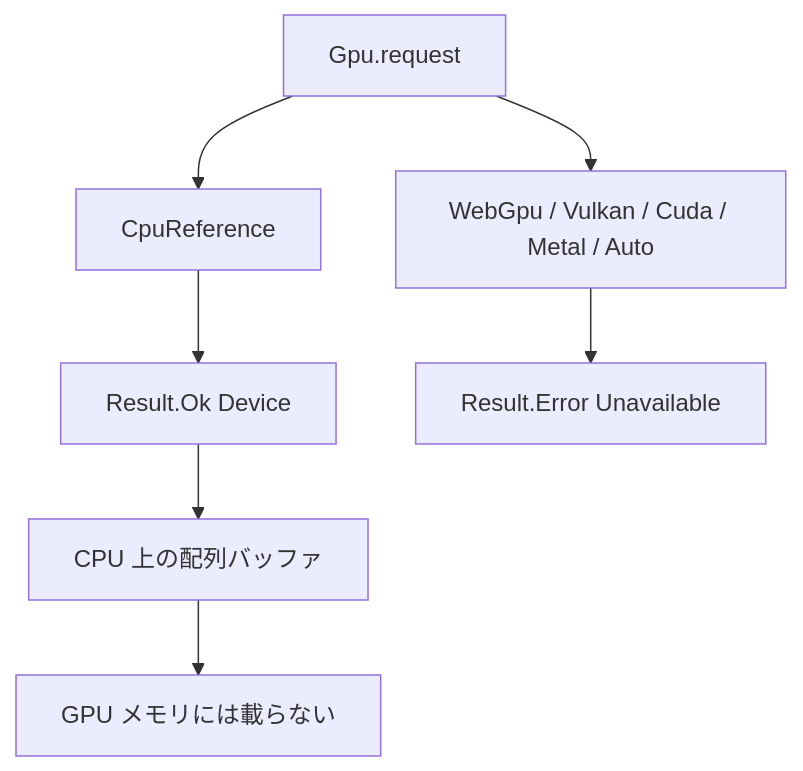
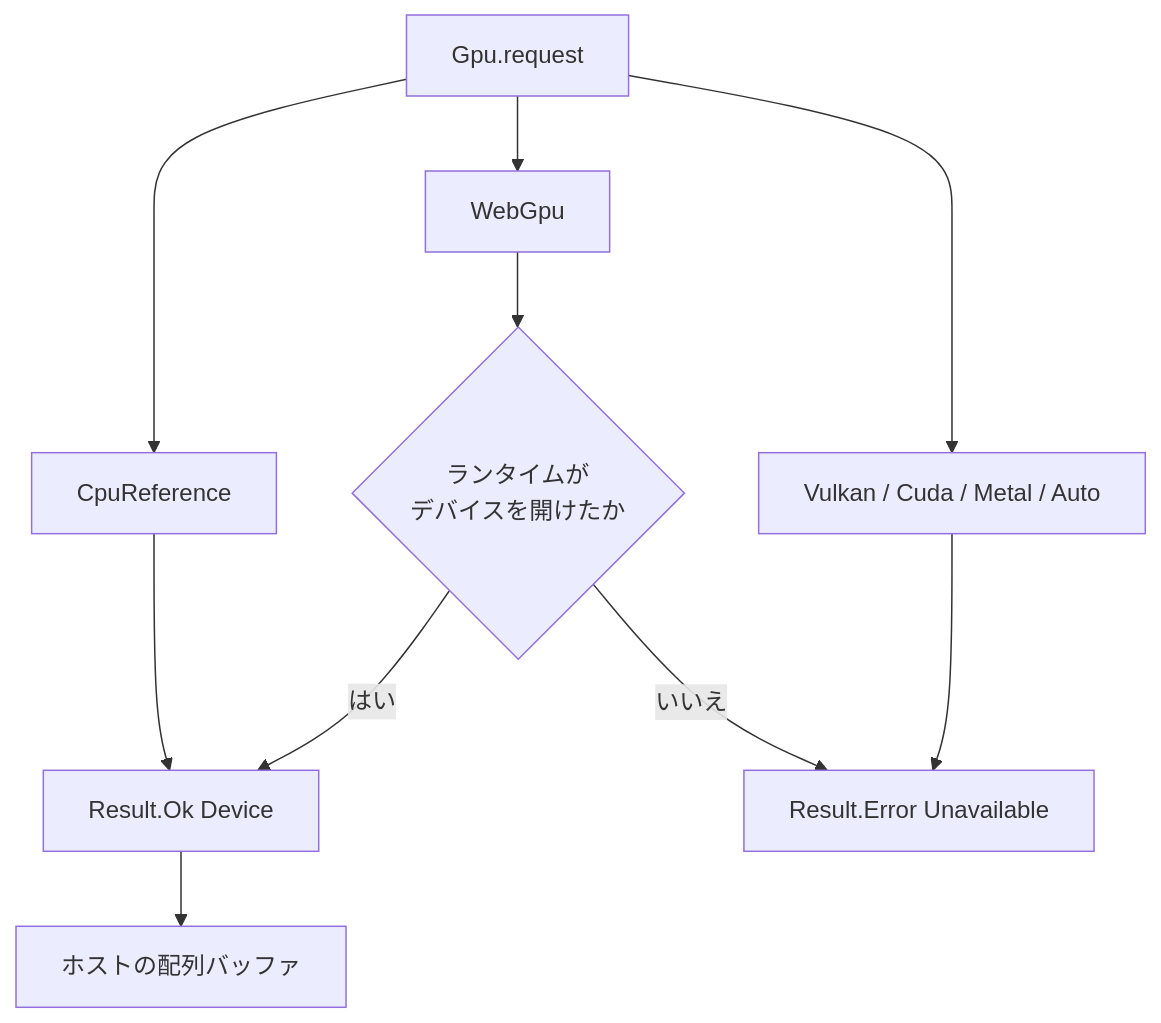
Before and after one commit to tatsuya-midorikawa/Tsuzuri: the diagram in _tsuzuri/language-reference/built-in-types-and-modules/gpu.md, drawn with Mermaid. The commit also changed other lines of this file and 29 other files, not shown here.

First line of the commit message:
Run Gpu kernels on WebGPU devices from the language runtime (F09 Phase 2)

````diff
--- a/_tsuzuri/language-reference/built-in-types-and-modules/gpu.md
+++ b/_tsuzuri/language-reference/built-in-types-and-modules/gpu.md
@@ -36,10 +38,13 @@
 ```mermaid
 flowchart TD
   req["Gpu.request"]
   req --> cpu["CpuReference"]
-  req --> other["WebGpu / Vulkan / Cuda / Metal / Auto"]
+  req --> web["WebGpu"]
+  req --> other["Vulkan / Cuda / Metal / Auto"]
   cpu --> ok["Result.Ok Device"]
-  other --> err["Result.Error Unavailable"]
-  ok --> buf["CPU 上の配列バッファ"]
-  buf --> note["GPU メモリには載らない"]
+  web --> open{"ランタイムが<br/>デバイスを開けたか"}
+  open -->|はい| ok
+  open -->|いいえ| err["Result.Error Unavailable"]
+  other --> err
+  ok --> buf["ホストの配列バッファ"]
 ```
````
